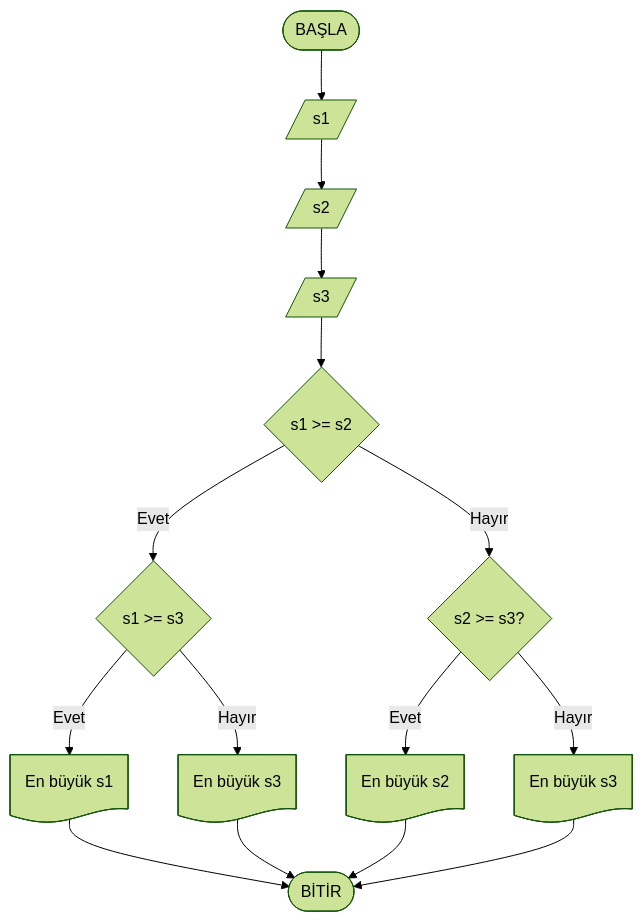
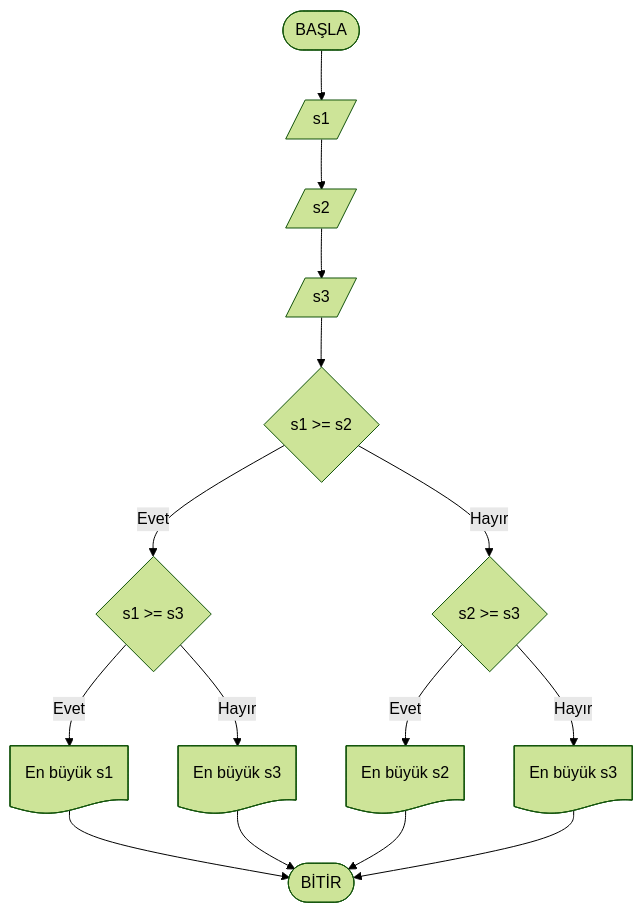
Before and after one commit to ibrahimayaz/Algoritma-ve-Programlamaya-Giris-2025: the third of 10 diagrams in Hafta02/ders_icerik.md, drawn with Mermaid (forest theme). The commit also changed other lines of this file, not shown here.

Commit message:
atama operatorleri guncellendi

````diff
--- a/Hafta02/ders_icerik.md
+++ b/Hafta02/ders_icerik.md
@@ -420,11 +420,11 @@
 ```mermaid
 flowchart TD
   start([BAŞLA]) --> in1[/s1/] --> in2[/s2/] --> in3[/s3/]
   in3 --> d1{s1 >= s2}
   d1 -- Evet --> d2{s1 >= s3}
   d2 -- Evet --> max1@{ shape: doc, label: "En büyük s1" } --> endNode([BİTİR])
   d2 -- Hayır --> max3a@{ shape: doc, label: "En büyük s3" } --> endNode
-  d1 -- Hayır --> d3{s2 >= s3?}
+  d1 -- Hayır --> d3{s2 >= s3}
   d3 -- Evet --> max2@{ shape: doc, label: "En büyük s2" } --> endNode
   d3 -- Hayır --> max3b@{ shape: doc, label: "En büyük s3" } --> endNode
 ```
````
